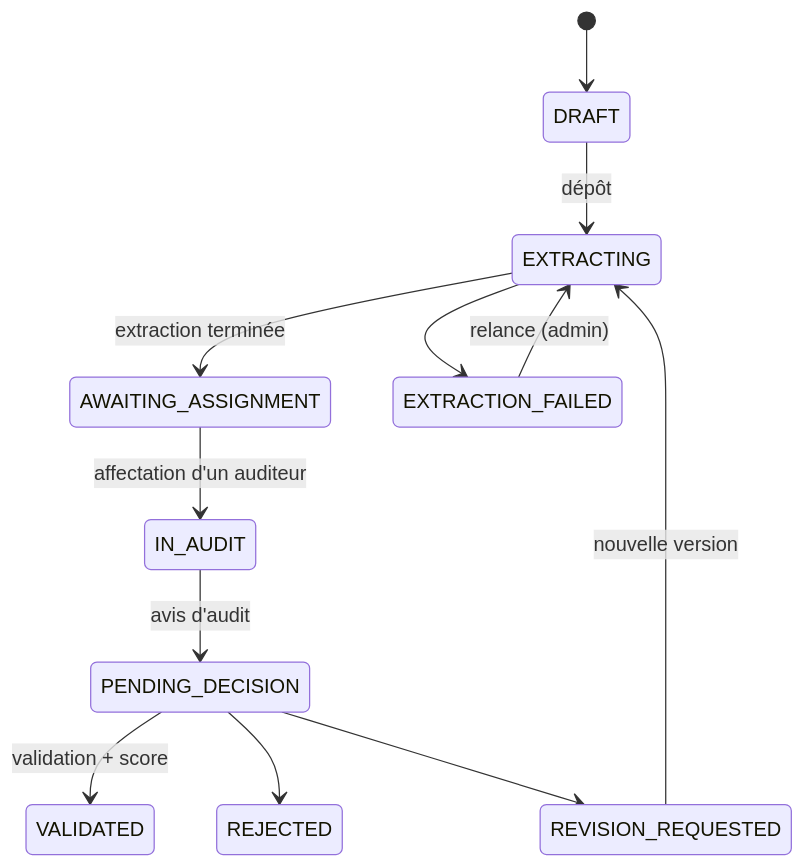
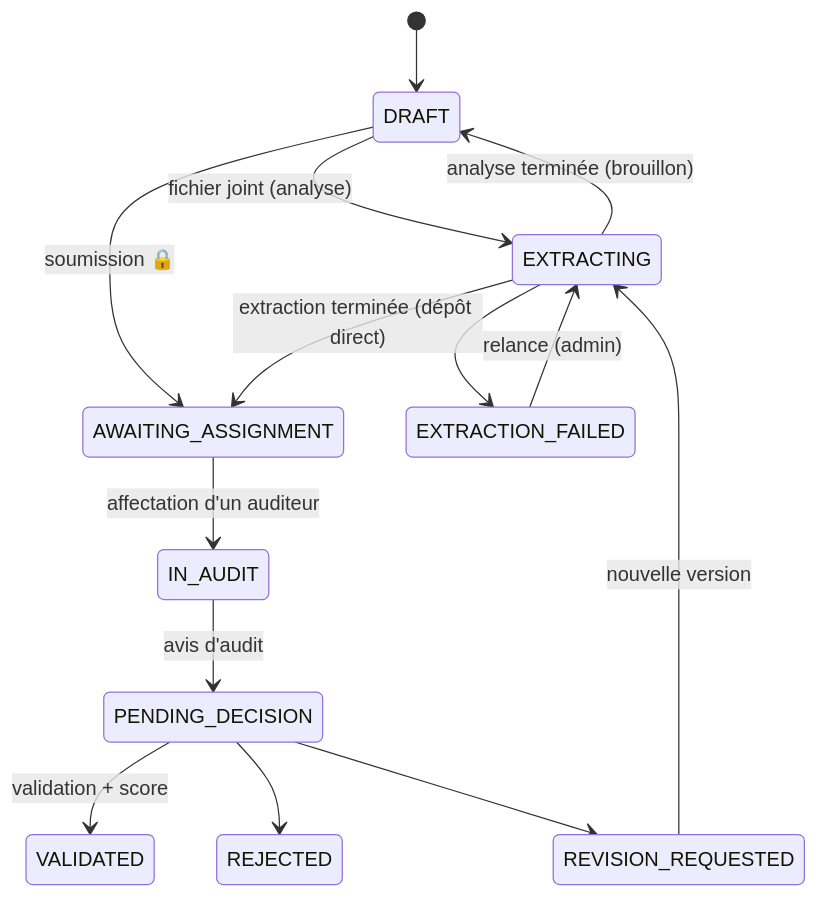
The second of 2 diagrams in README.md (cheikhmama/GreenFinance-Scorer), drawn with Mermaid before and after one commit. The commit also changed 38 other files, not shown here.

````diff
--- a/README.md
+++ b/README.md
@@ -123,14 +123,16 @@
 ```mermaid
 stateDiagram-v2
     [*] --> DRAFT
-    DRAFT --> EXTRACTING : dépôt
-    EXTRACTING --> AWAITING_ASSIGNMENT : extraction terminée
+    DRAFT --> EXTRACTING : fichier joint (analyse)
+    EXTRACTING --> DRAFT : analyse terminée (brouillon)
+    DRAFT --> AWAITING_ASSIGNMENT : soumission 🔒
+    EXTRACTING --> AWAITING_ASSIGNMENT : extraction terminée (dépôt direct)
     EXTRACTING --> EXTRACTION_FAILED
     EXTRACTION_FAILED --> EXTRACTING : relance (admin)
     AWAITING_ASSIGNMENT --> IN_AUDIT : affectation d'un auditeur
     IN_AUDIT --> PENDING_DECISION : avis d'audit
     PENDING_DECISION --> VALIDATED : validation + score
     PENDING_DECISION --> REJECTED
     PENDING_DECISION --> REVISION_REQUESTED
     REVISION_REQUESTED --> EXTRACTING : nouvelle version
 ```
````
